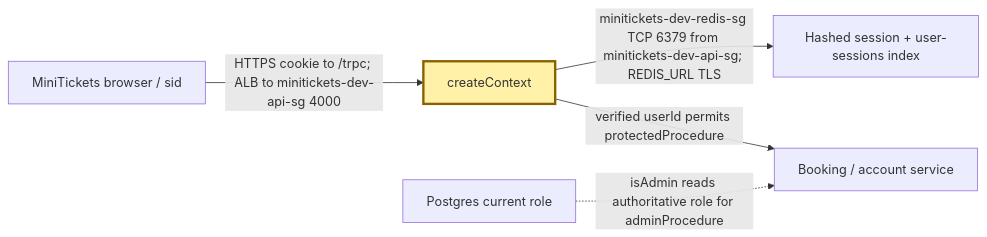
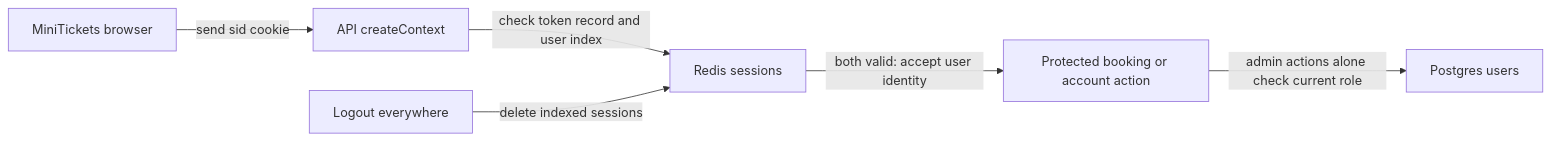
The diagram in docs/handbook/concepts/sessions-vs-jwt.md (maheshnd/minitickets), drawn with Mermaid before and after one commit. The commit also changed other lines of this file and 39 other files, not shown here.

````diff
--- a/docs/handbook/concepts/sessions-vs-jwt.md
+++ b/docs/handbook/concepts/sessions-vs-jwt.md
@@ -15,9 +19,8 @@
 ```mermaid
 flowchart LR
-    browser["MiniTickets browser / sid"] -->|"HTTPS cookie to /trpc; ALB to minitickets-dev-api-sg 4000"| context["createContext"]
-    context -->|"minitickets-dev-redis-sg TCP 6379 from minitickets-dev-api-sg; REDIS_URL TLS"| redis["Hashed session + user-sessions index"]
-    context -->|"verified userId permits protectedProcedure"| service["Booking / account service"]
-    admin["Postgres current role"] -.->|"isAdmin reads authoritative role for adminProcedure"| service
-    classDef focus fill:#fff1a8,stroke:#8a6100,stroke-width:3px
-    class context focus
+    B["MiniTickets browser"] -->|"send sid cookie"| A["API createContext"]
+    A -->|"check token record and user index"| R["Redis sessions"]
+    R -->|"both valid: accept user identity"| P["Protected booking or account action"]
+    L["Logout everywhere"] -->|"delete indexed sessions"| R
+    P -->|"admin actions alone check current role"| D["Postgres users"]
 ```
````
